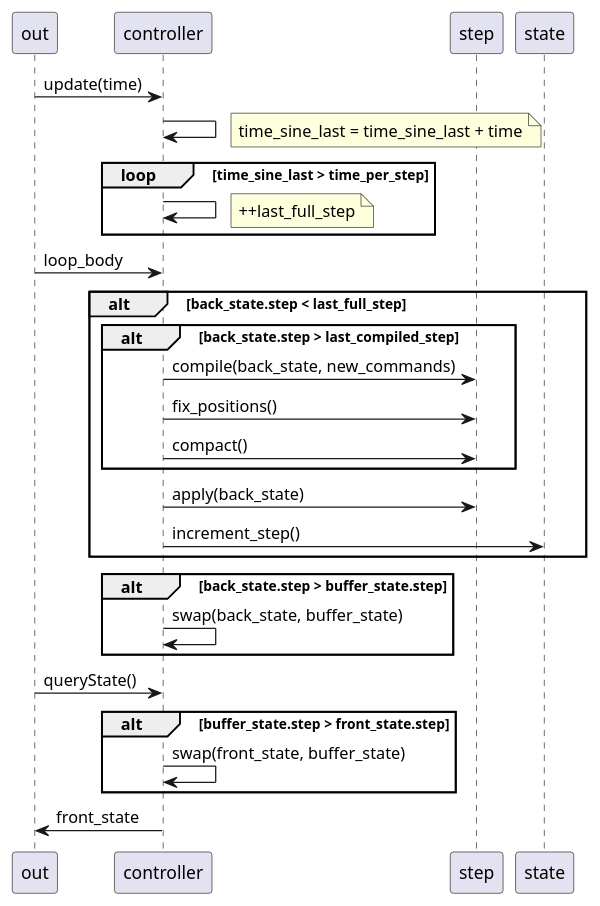
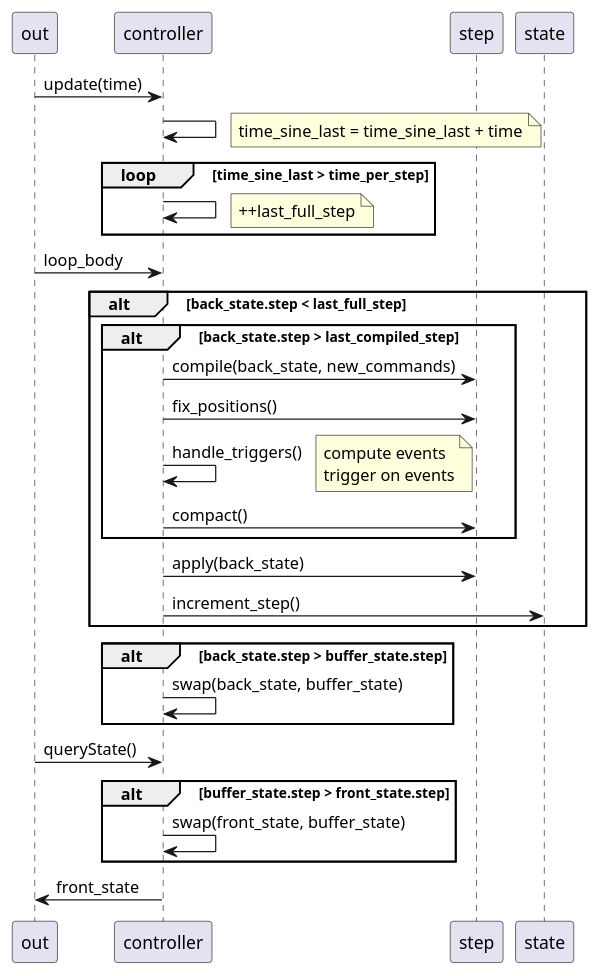
Before and after one commit to SimonPiCarter/octopus_game_engine: the diagram in doc/sequence/controller.pu, drawn with PlantUML.

Commit message:
added trigger handling in controller

```diff
--- a/doc/sequence/controller.pu
+++ b/doc/sequence/controller.pu
@@ -1,46 +1,51 @@
 @startuml controller
 
 out -> controller : update(time)
 
 controller -> controller
 	note right
 		time_sine_last = time_sine_last + time
 	end note
 
 loop time_sine_last > time_per_step
 
 	controller -> controller
 	note right
 		++last_full_step
 	end note
 
 end
 
 out -> controller : loop_body
 
 alt back_state.step < last_full_step
 
 alt back_state.step > last_compiled_step
 	controller -> step : compile(back_state, new_commands)
 	controller -> step : fix_positions()
+	controller -> controller : handle_triggers()
+	note right
+		compute events
+		trigger on events
+	end note
 	controller -> step : compact()
 end
 
 	controller -> step : apply(back_state)
 	controller -> state : increment_step()
 
 end
 
 alt back_state.step > buffer_state.step
 	controller -> controller : swap(back_state, buffer_state)
 end
 
 out -> controller : queryState()
 
 alt buffer_state.step > front_state.step
 	controller -> controller : swap(front_state, buffer_state)
 end
 
 controller -> out : front_state
 
 @enduml
```
